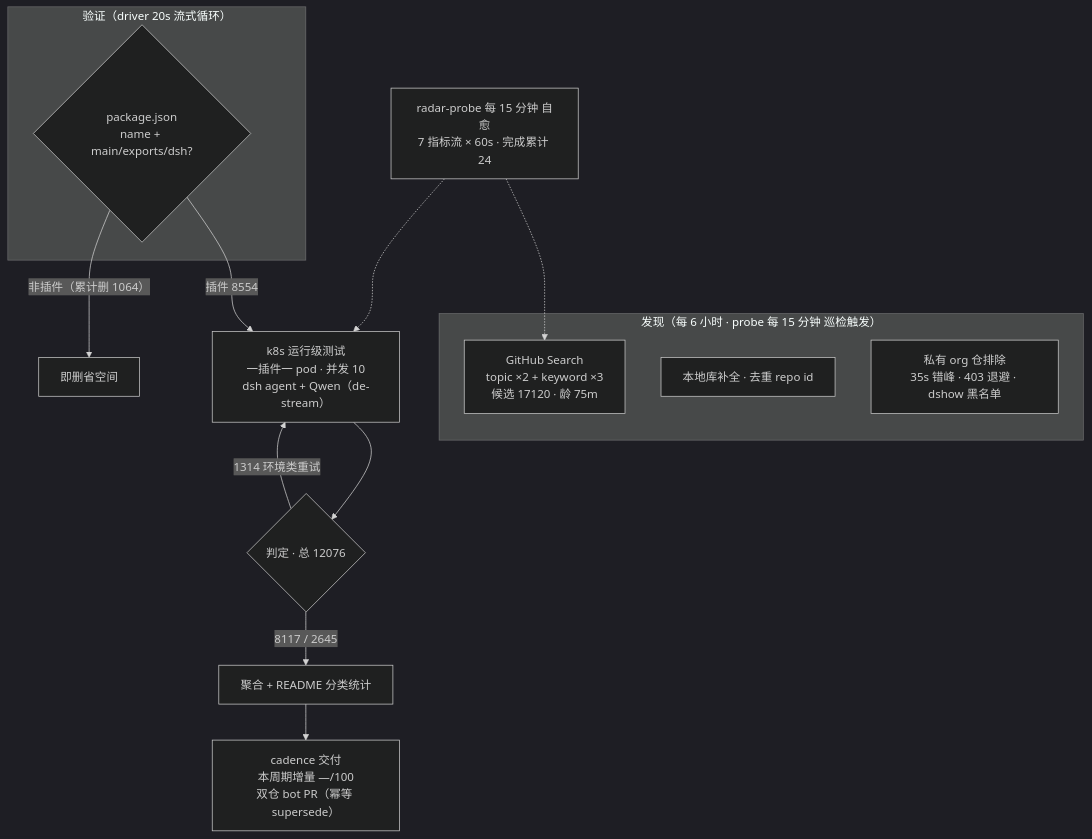
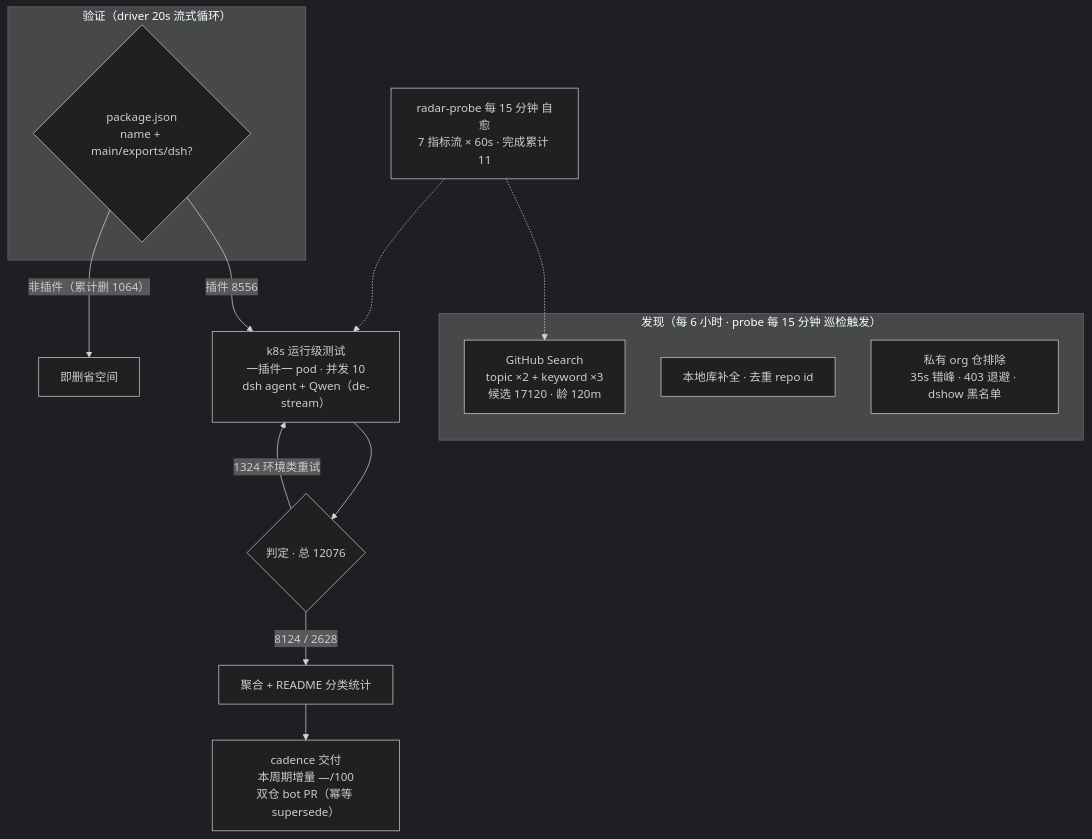
The diagram in README.md (Zhidao-Lab-OSS/awesome-dsh-plugins), drawn with Mermaid (dark theme) before and after one commit. The commit also changed other lines of this file and 1 other file, not shown here.

````diff
--- a/README.md
+++ b/README.md
@@ -52,20 +52,20 @@
 ```mermaid
 flowchart TB
     subgraph Discovery["发现（每 6 小时 · probe 每 15 分钟 巡检触发）"]
-        A1["GitHub Search<br/>topic ×2 + keyword ×3<br/>候选 17120 · 龄 75m"]
+        A1["GitHub Search<br/>topic ×2 + keyword ×3<br/>候选 17120 · 龄 120m"]
         A2["本地库补全 · 去重 repo id"]
         A3["私有 org 仓排除<br/>35s 错峰 · 403 退避 · dshow 黑名单"]
     end
     subgraph Validation["验证（driver 20s 流式循环）"]
         B1{"package.json<br/>name + main/exports/dsh?"}
     end
-    B1 -->|"插件 8554"| C1["k8s 运行级测试<br/>一插件一 pod · 并发 10<br/>dsh agent + Qwen（de-stream）"]
+    B1 -->|"插件 8556"| C1["k8s 运行级测试<br/>一插件一 pod · 并发 10<br/>dsh agent + Qwen（de-stream）"]
     B1 -->|"非插件（累计删 1064）"| B3["即删省空间"]
     C1 --> D1{"判定 · 总 12076"}
-    D1 -->|"8117 / 2645"| E1["聚合 + README 分类统计"]
-    D1 -->|"1314 环境类重试"| C1
+    D1 -->|"8124 / 2628"| E1["聚合 + README 分类统计"]
+    D1 -->|"1324 环境类重试"| C1
     E1 --> E2["cadence 交付<br/>本周期增量 —/100<br/>双仓 bot PR（幂等 supersede）"]
-    M["radar-probe 每 15 分钟 自愈<br/>7 指标流 × 60s · 完成累计 24"]
+    M["radar-probe 每 15 分钟 自愈<br/>7 指标流 × 60s · 完成累计 11"]
     M -.-> A1
     M -.-> C1
 ```
````
